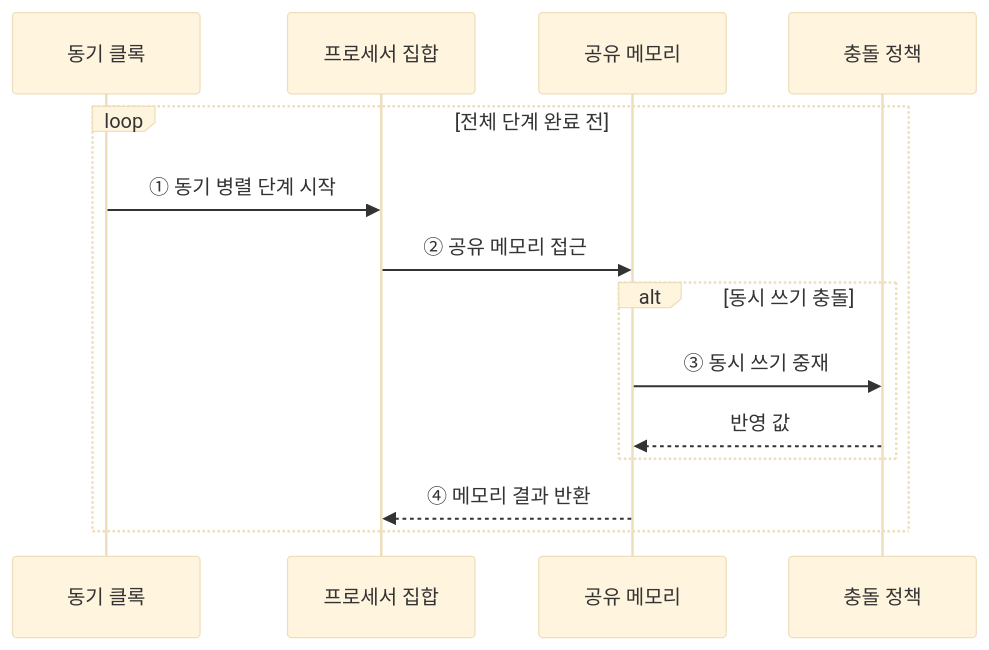
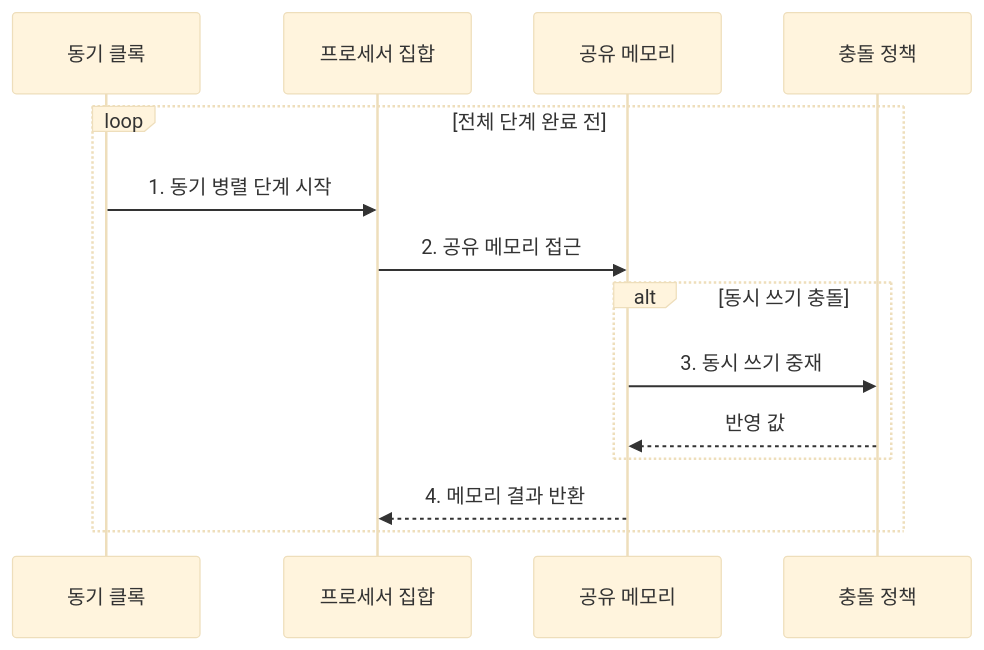
The second of 2 diagrams in src/content/docs/notes/01-basic-theory/061_parallel_algo_pram.md (agnusdei1207/knowledge-base), drawn with Mermaid (base theme) before and after one commit. The commit also changed other lines of this file and 20 other files, not shown here.

````diff
--- a/src/content/docs/notes/01-basic-theory/061_parallel_algo_pram.md
+++ b/src/content/docs/notes/01-basic-theory/061_parallel_algo_pram.md
@@ -84,16 +90,16 @@
 ```mermaid
 sequenceDiagram
     participant C as 동기 클록
     participant P as 프로세서 집합
     participant M as 공유 메모리
     participant R as 충돌 정책
     loop 전체 단계 완료 전
-        C->>P: ① 동기 병렬 단계 시작
-        P->>M: ② 공유 메모리 접근
+        C->>P: 1. 동기 병렬 단계 시작
+        P->>M: 2. 공유 메모리 접근
         alt 동시 쓰기 충돌
-            M->>R: ③ 동시 쓰기 중재
+            M->>R: 3. 동시 쓰기 중재
             R-->>M: 반영 값
         end
-        M-->>P: ④ 메모리 결과 반환
+        M-->>P: 4. 메모리 결과 반환
     end
 ```
````
